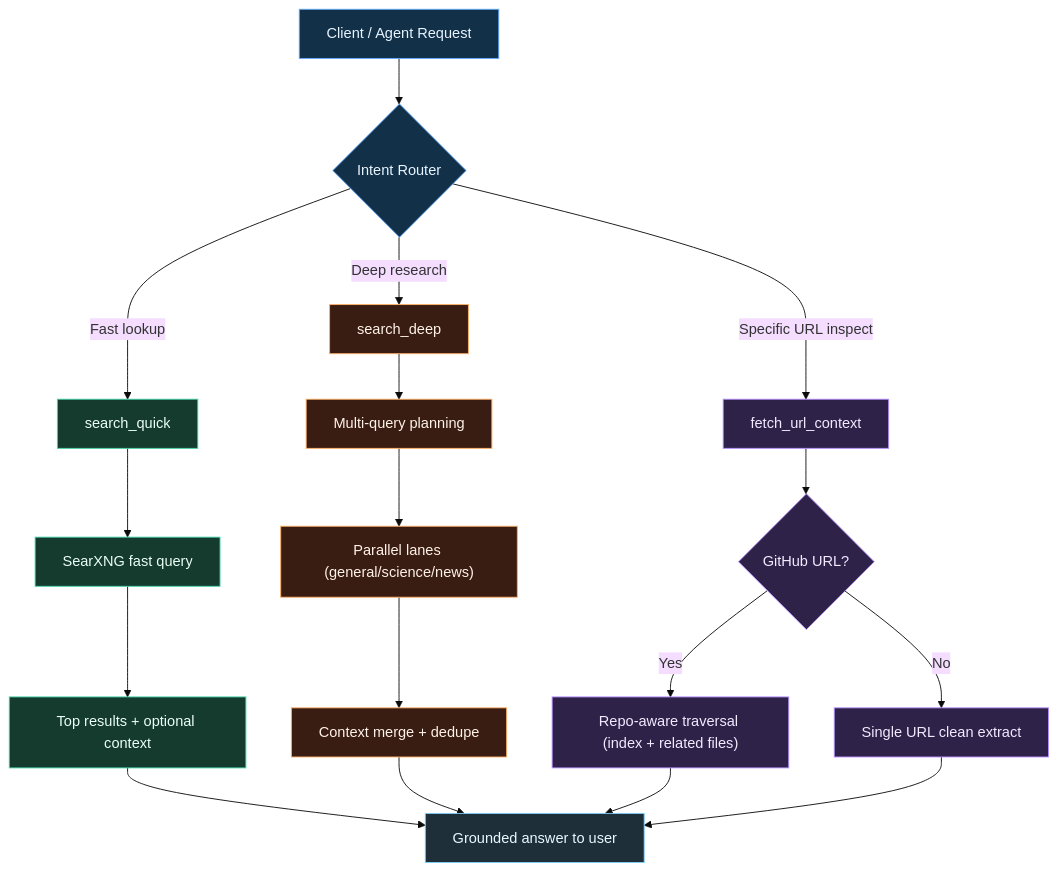
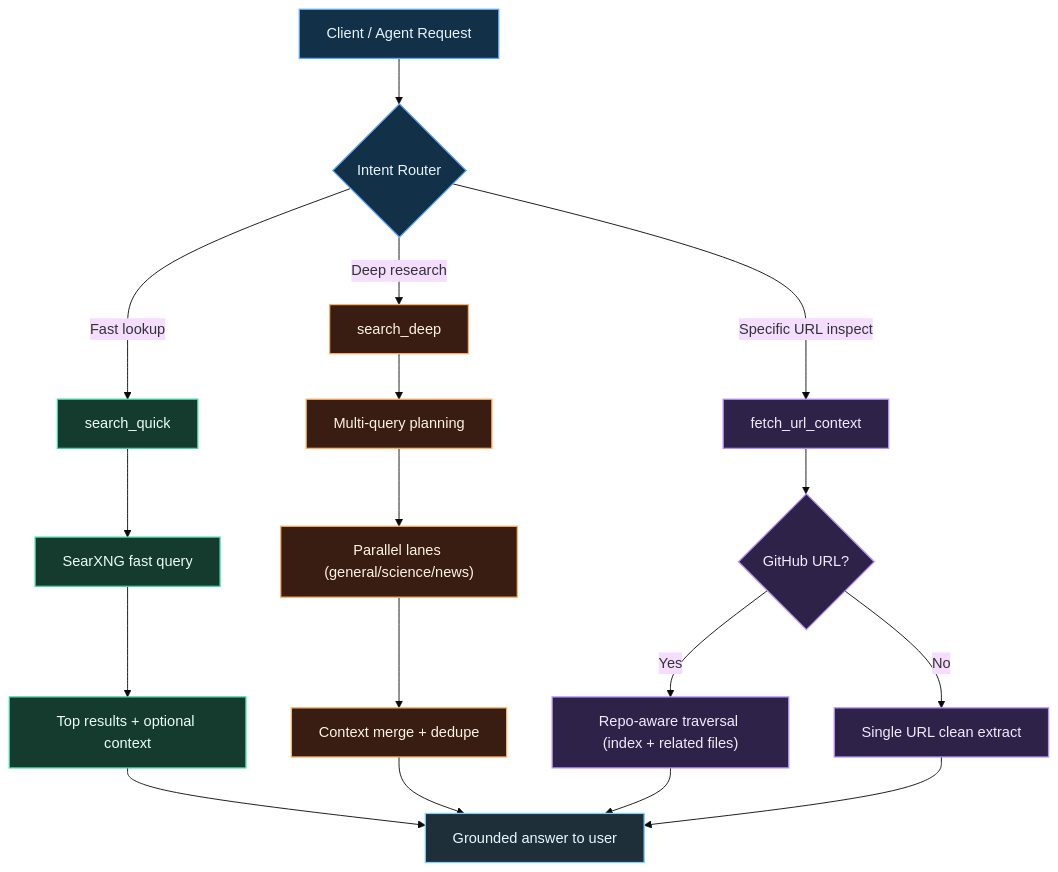
The diagram in README.md (zvspuentus-rgb/Argentic-Search-Lab), drawn with Mermaid (base theme) before and after one commit. The commit also changed other lines of this file and 1 other file, not shown here.

Commit message:
docs(node-branch): keep single styled MCP workflow and remove extra diagrams

````diff
--- a/README.md
+++ b/README.md
@@ -54,32 +38,32 @@
 ```mermaid
 flowchart TB
     A["Client / Agent Request"] --> B{"Intent Router"}
     B -->|"Fast lookup"| Q["search_quick"]
     B -->|"Deep research"| D["search_deep"]
     B -->|"Specific URL inspect"| U["fetch_url_context"]
 
     Q --> Q1["SearXNG fast query"]
     Q1 --> Q2["Top results + optional context"]
     Q2 --> OUT["Grounded answer to user"]
 
     D --> D1["Multi-query planning"]
     D1 --> D2["Parallel lanes (general/science/news)"]
     D2 --> D3["Context merge + dedupe"]
     D3 --> OUT
 
     U --> U1{"GitHub URL?"}
     U1 -->|"Yes"| U2["Repo-aware traversal (index + related files)"]
     U1 -->|"No"| U3["Single URL clean extract"]
     U2 --> OUT
     U3 --> OUT
-    classDef entry fill:#123047,stroke:#5fa8ff,color:#e8f4ff,stroke-width:1px;
-    classDef quick fill:#153a2e,stroke:#43d3a8,color:#eafff6,stroke-width:1px;
-    classDef deep fill:#3a1d12,stroke:#ffb067,color:#fff2e8,stroke-width:1px;
-    classDef url fill:#2f2248,stroke:#b690ff,color:#f2eaff,stroke-width:1px;
-    classDef output fill:#1f2f3a,stroke:#7fd1ff,color:#eaf8ff,stroke-width:1px;
+    classDef entry fill:#123047,stroke:#5fa8ff,color:#e8f4ff,stroke-width:1.4px;
+    classDef quick fill:#153a2e,stroke:#43d3a8,color:#eafff6,stroke-width:1.4px;
+    classDef deep fill:#3a1d12,stroke:#ffb067,color:#fff2e8,stroke-width:1.4px;
+    classDef url fill:#2f2248,stroke:#b690ff,color:#f2eaff,stroke-width:1.4px;
+    classDef output fill:#1f2f3a,stroke:#7fd1ff,color:#eaf8ff,stroke-width:1.4px;
     class A,B entry;
     class Q,Q1,Q2 quick;
     class D,D1,D2,D3 deep;
     class U,U1,U2,U3 url;
     class OUT output;
 ```
````
